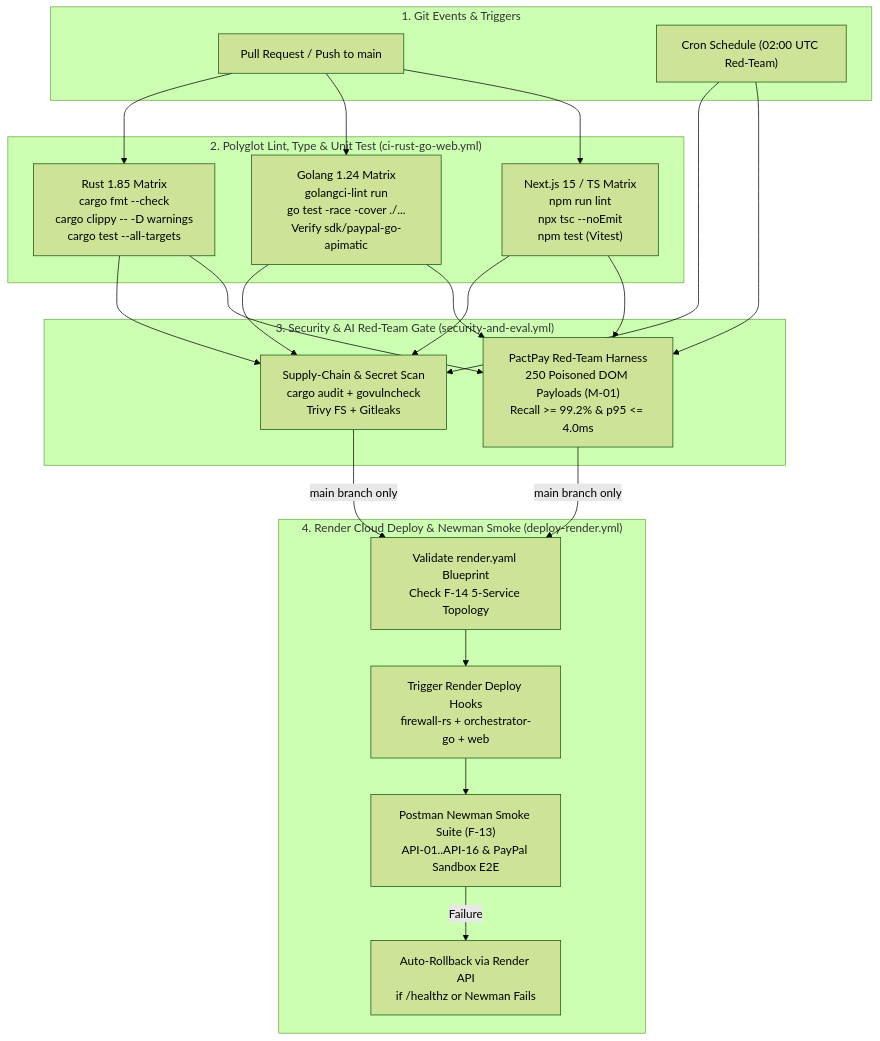
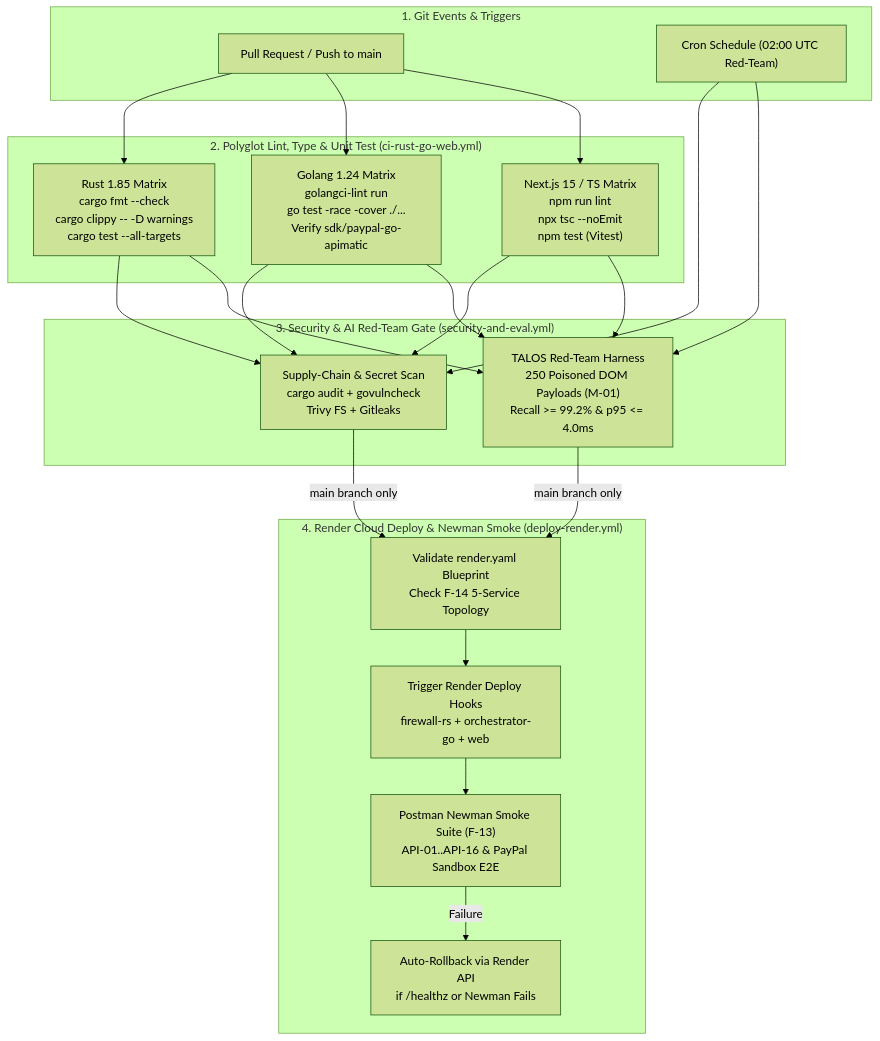
One commit to sruj08/Talos changed the diagram in docs/05-ops/CICD.md. Above: the diagram before and after it, drawn with Mermaid (forest theme). The commit also changed other lines of this file and 457 other files, not shown here.

Commit message:
feat: initialize polyglot project architecture with comprehensive documentation, Go orchestrator, and Rust firewall services

````diff
--- a/docs/05-ops/CICD.md
+++ b/docs/05-ops/CICD.md
@@ -20,32 +20,32 @@
 ```mermaid
 flowchart TD
     subgraph Trigger["1. Git Events & Triggers"]
         PR["Pull Request / Push to main"]
         Nightly["Cron Schedule (02:00 UTC Red-Team)"]
     end
 
     subgraph Stage1["2. Polyglot Lint, Type & Unit Test (ci-rust-go-web.yml)"]
         RustCI["Rust 1.85 Matrix\ncargo fmt --check\ncargo clippy -- -D warnings\ncargo test --all-targets"]
         GoCI["Golang 1.24 Matrix\ngolangci-lint run\ngo test -race -cover ./...\nVerify sdk/paypal-go-apimatic"]
         WebCI["Next.js 15 / TS Matrix\nnpm run lint\nnpx tsc --noEmit\nnpm test (Vitest)"]
     end
 
     subgraph Stage2["3. Security & AI Red-Team Gate (security-and-eval.yml)"]
         SecScan["Supply-Chain & Secret Scan\ncargo audit + govulncheck\nTrivy FS + Gitleaks"]
-        AIEval["PactPay Red-Team Harness\n250 Poisoned DOM Payloads (M-01)\nRecall >= 99.2% & p95 <= 4.0ms"]
+        AIEval["TALOS Red-Team Harness\n250 Poisoned DOM Payloads (M-01)\nRecall >= 99.2% & p95 <= 4.0ms"]
     end
 
     subgraph Stage3["4. Render Cloud Deploy & Newman Smoke (deploy-render.yml)"]
         RenderVal["Validate render.yaml Blueprint\nCheck F-14 5-Service Topology"]
         RenderDeploy["Trigger Render Deploy Hooks\nfirewall-rs + orchestrator-go + web"]
         NewmanGate["Postman Newman Smoke Suite (F-13)\nAPI-01..API-16 & PayPal Sandbox E2E"]
         Rollback["Auto-Rollback via Render API\nif /healthz or Newman Fails"]
     end
 
     PR --> RustCI & GoCI & WebCI
     Nightly --> SecScan & AIEval
     RustCI & GoCI & WebCI --> SecScan & AIEval
     SecScan & AIEval -->|main branch only| RenderVal
     RenderVal --> RenderDeploy --> NewmanGate
     NewmanGate -->|Failure| Rollback
 ```
````
